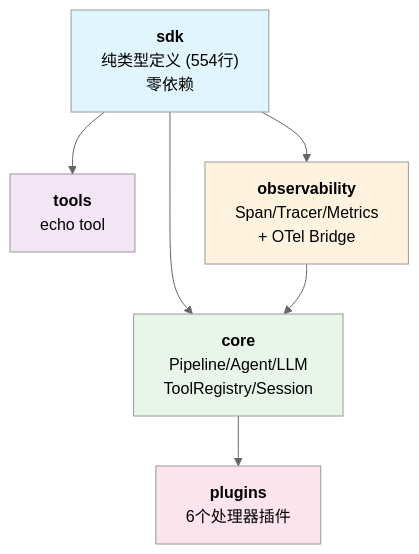
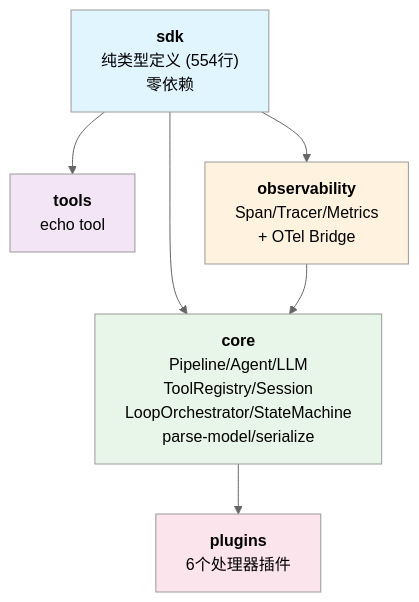
Before and after one commit to Yamdy/agentforge: the first of 13 diagrams in docs/architecture-diagrams.md, drawn with Mermaid (neutral theme). The commit also changed other lines of this file and 2 other files, not shown here.

First line of the commit message:
docs: update architecture docs post-audit remediation

````diff
--- a/docs/architecture-diagrams.md
+++ b/docs/architecture-diagrams.md
@@ -5,20 +5,20 @@
 ```mermaid
 graph TD
     SDK["<b>sdk</b><br/>纯类型定义 (554行)<br/>零依赖"]
     TOOLS["<b>tools</b><br/>echo tool"]
     OBS["<b>observability</b><br/>Span/Tracer/Metrics<br/>+ OTel Bridge"]
-    CORE["<b>core</b><br/>Pipeline/Agent/LLM<br/>ToolRegistry/Session"]
+    CORE["<b>core</b><br/>Pipeline/Agent/LLM<br/>ToolRegistry/Session<br/>LoopOrchestrator/StateMachine<br/>parse-model/serialize"]
     PLUGINS["<b>plugins</b><br/>6个处理器插件"]
 
     SDK --> TOOLS
     SDK --> OBS
     SDK --> CORE
     CORE --> PLUGINS
     OBS --> CORE
 
     style SDK fill:#e1f5fe
     style TOOLS fill:#f3e5f5
     style OBS fill:#fff3e0
     style CORE fill:#e8f5e9
     style PLUGINS fill:#fce4ec
 ```
````
